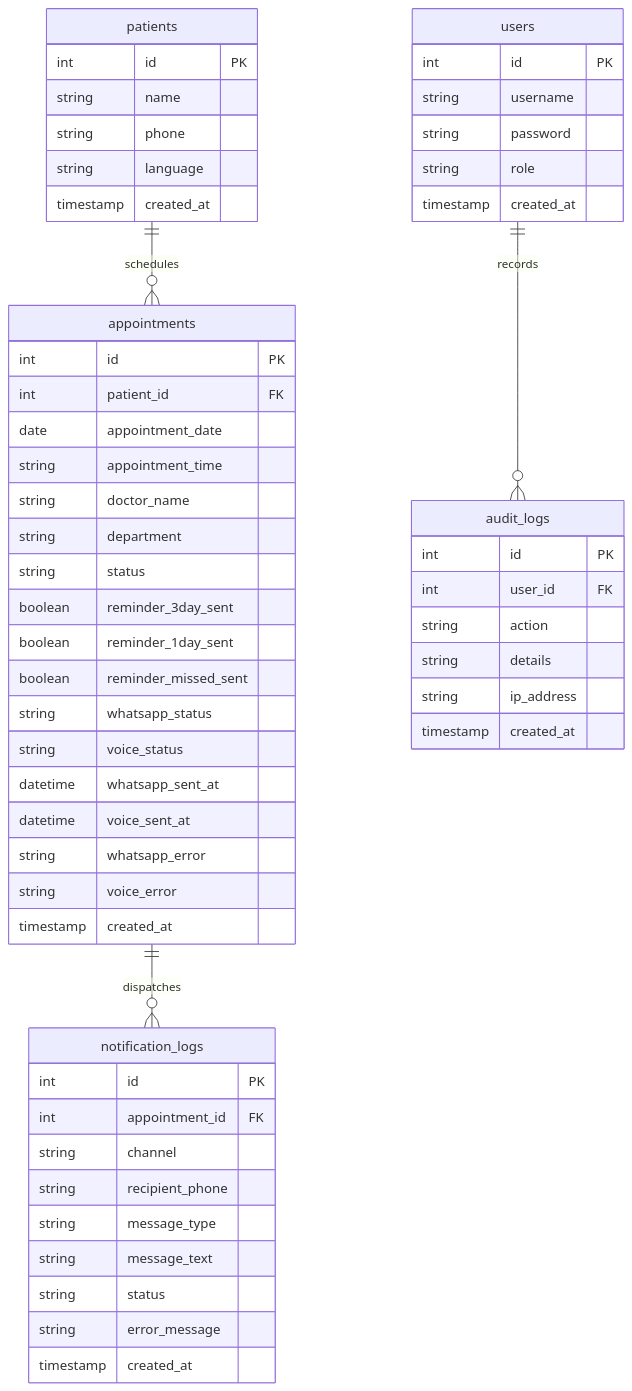
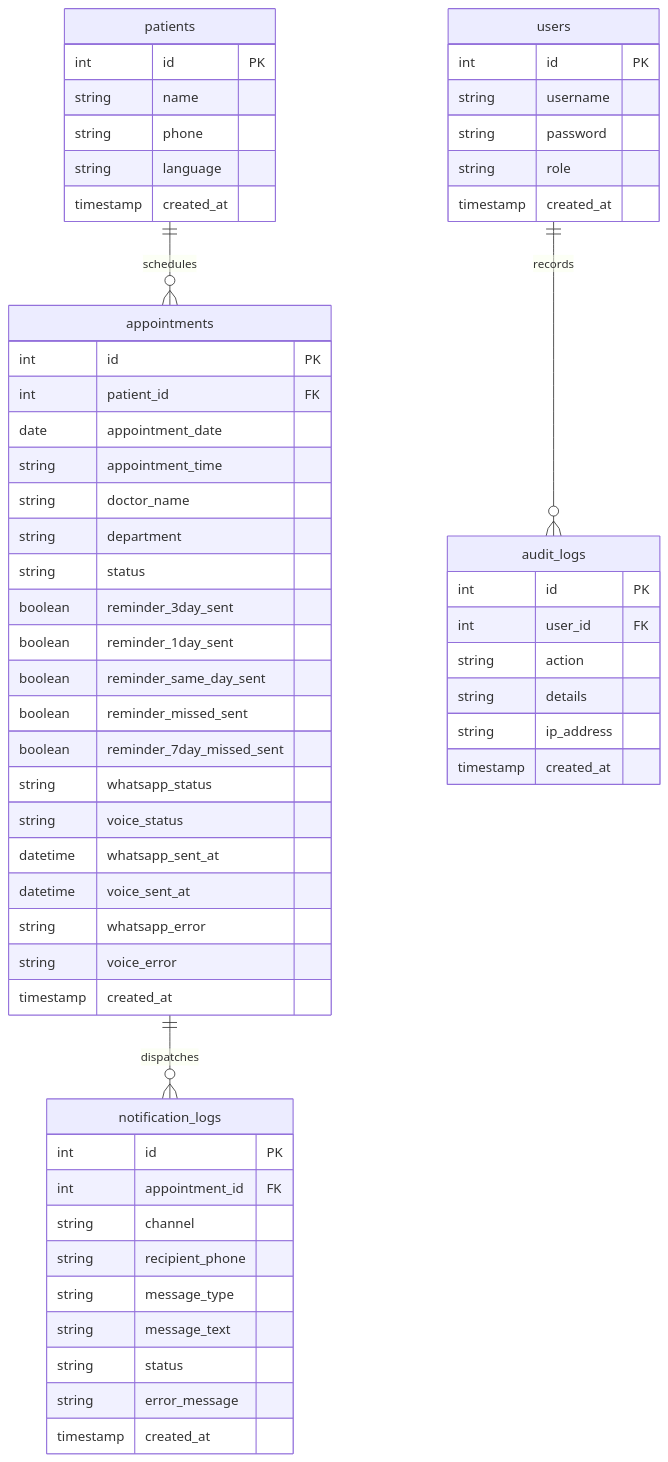
Before and after one commit to atharvamirzapure27-cmyk/dermo_reminder_system: the second of 2 diagrams in README.md, drawn with Mermaid. The commit also changed other lines of this file and 21 other files, not shown here.

Commit message:
Hardening and production optimization: Mask PII logs, fix reschedule state desyncs, restrict CORS and endpoints roles, implement server pagination, sorting, search, update charts and stats, add quarterly reports, use exceljs/pdfkit for documents

````diff
--- a/README.md
+++ b/README.md
@@ -61,59 +65,61 @@
 ```mermaid
 erDiagram
     users {
         int id PK
         string username
         string password
         string role
         timestamp created_at
     }
     patients {
         int id PK
         string name
         string phone
         string language
         timestamp created_at
     }
     appointments {
         int id PK
         int patient_id FK
         date appointment_date
         string appointment_time
         string doctor_name
         string department
         string status
         boolean reminder_3day_sent
         boolean reminder_1day_sent
+        boolean reminder_same_day_sent
         boolean reminder_missed_sent
+        boolean reminder_7day_missed_sent
         string whatsapp_status
         string voice_status
         datetime whatsapp_sent_at
         datetime voice_sent_at
         string whatsapp_error
         string voice_error
         timestamp created_at
     }
     notification_logs {
         int id PK
         int appointment_id FK
         string channel
         string recipient_phone
         string message_type
         string message_text
         string status
         string error_message
         timestamp created_at
     }
     audit_logs {
         int id PK
         int user_id FK
         string action
         string details
         string ip_address
         timestamp created_at
     }
 
     patients ||--o{ appointments : schedules
     appointments ||--o{ notification_logs : dispatches
     users ||--o{ audit_logs : records
 ```
````
